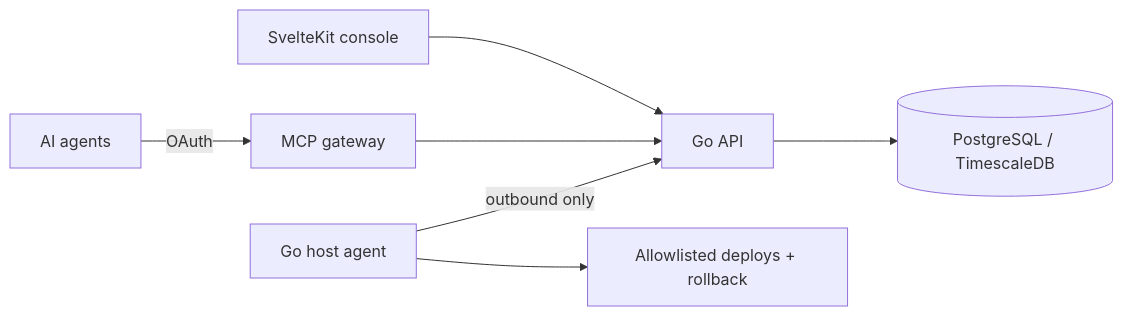
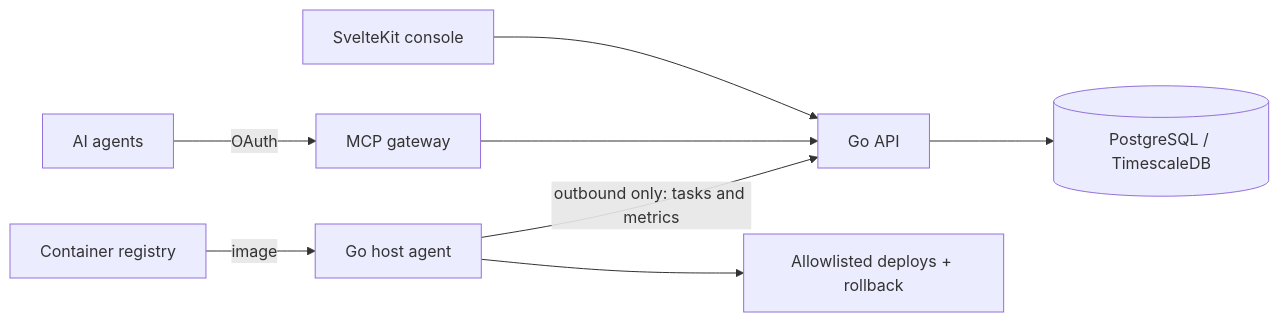
The diagram in src/en/products/deploybot.md (binartist/about-me), drawn with Mermaid before and after one commit. The commit also changed other lines of this file and 4 other files, not shown here.

````diff
--- a/src/en/products/deploybot.md
+++ b/src/en/products/deploybot.md
@@ -12,9 +12,10 @@
 ```mermaid
 flowchart LR
   Agents[AI agents] -->|OAuth| MCP[MCP gateway]
   Console[SvelteKit console] --> API[Go API]
   MCP --> API
   API --> PG[(PostgreSQL / TimescaleDB)]
-  HostAgent[Go host agent] -->|outbound only| API
+  HostAgent[Go host agent] -->|outbound only: tasks and metrics| API
+  Registry[Container registry] -->|image| HostAgent
   HostAgent --> Deploy[Allowlisted deploys + rollback]
 ```
````
